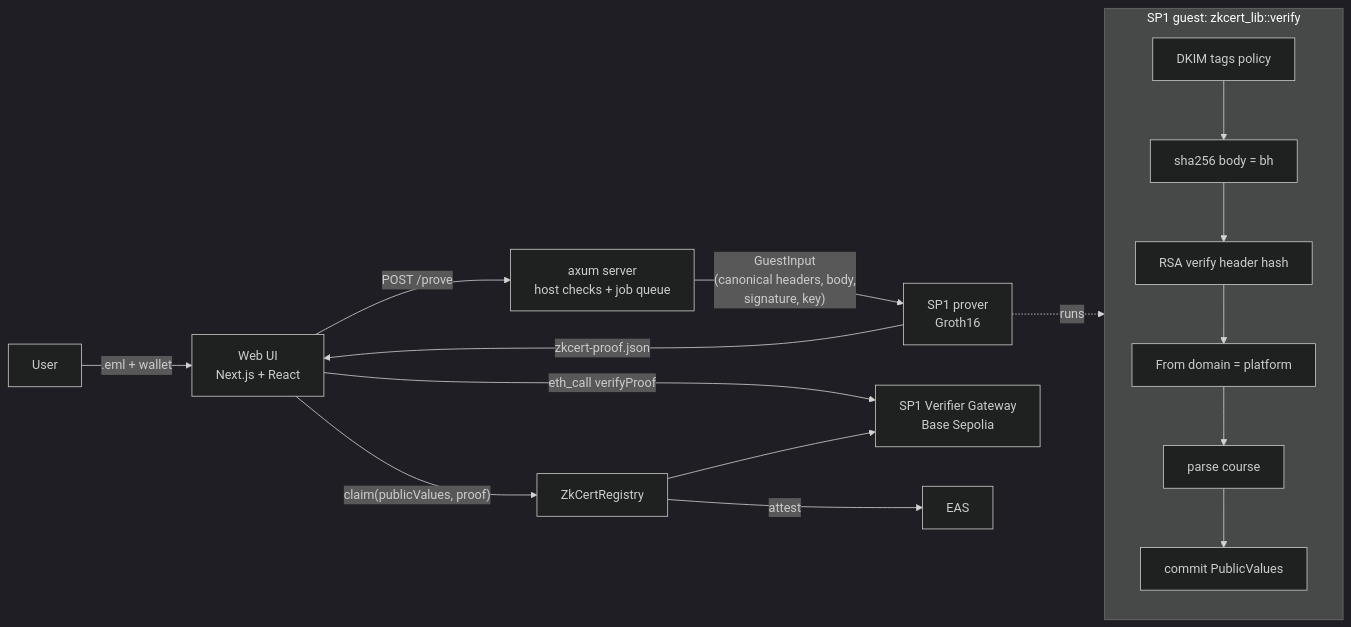
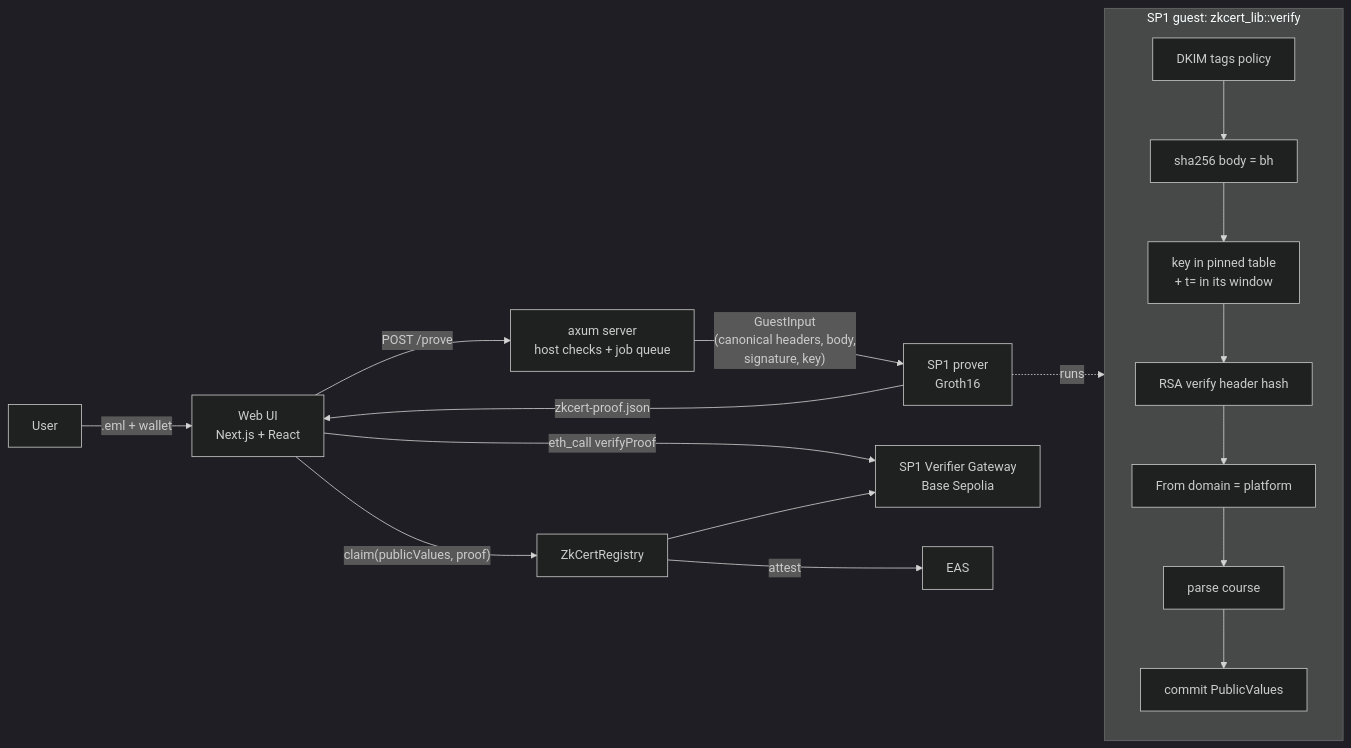
The diagram in README.md (suniljalandhra/zkcert-sp1), drawn with Mermaid (dark theme) before and after one commit. The commit also changed other lines of this file and 26 other files, not shown here.

Commit message:
fix: in-guest DKIM key table, vkey set, emailSignedAt, Coursera templates

````diff
--- a/README.md
+++ b/README.md
@@ -25,20 +25,21 @@
 ```mermaid
 flowchart LR
   U[User] -- ".eml + wallet" --> W[Web UI<br/>Next.js + React]
   W -- "POST /prove" --> S[axum server<br/>host checks + job queue]
   S -- "GuestInput<br/>(canonical headers, body,<br/>signature, key)" --> P[SP1 prover<br/>Groth16]
   P -- "zkcert-proof.json" --> W
   W -- "eth_call verifyProof" --> G[SP1 Verifier Gateway<br/>Base Sepolia]
   W -- "claim(publicValues, proof)" --> R[ZkCertRegistry]
   R --> G
   R -- "attest" --> E[EAS]
   subgraph Guest [SP1 guest: zkcert_lib::verify]
     direction TB
     g1[DKIM tags policy] --> g2[sha256 body = bh]
-    g2 --> g3[RSA verify header hash]
+    g2 --> g2b[key in pinned table<br/>+ t= in its window]
+    g2b --> g3[RSA verify header hash]
     g3 --> g4[From domain = platform]
     g4 --> g5[parse course]
     g5 --> g6[commit PublicValues]
   end
   P -.runs.-> Guest
 ```
````
